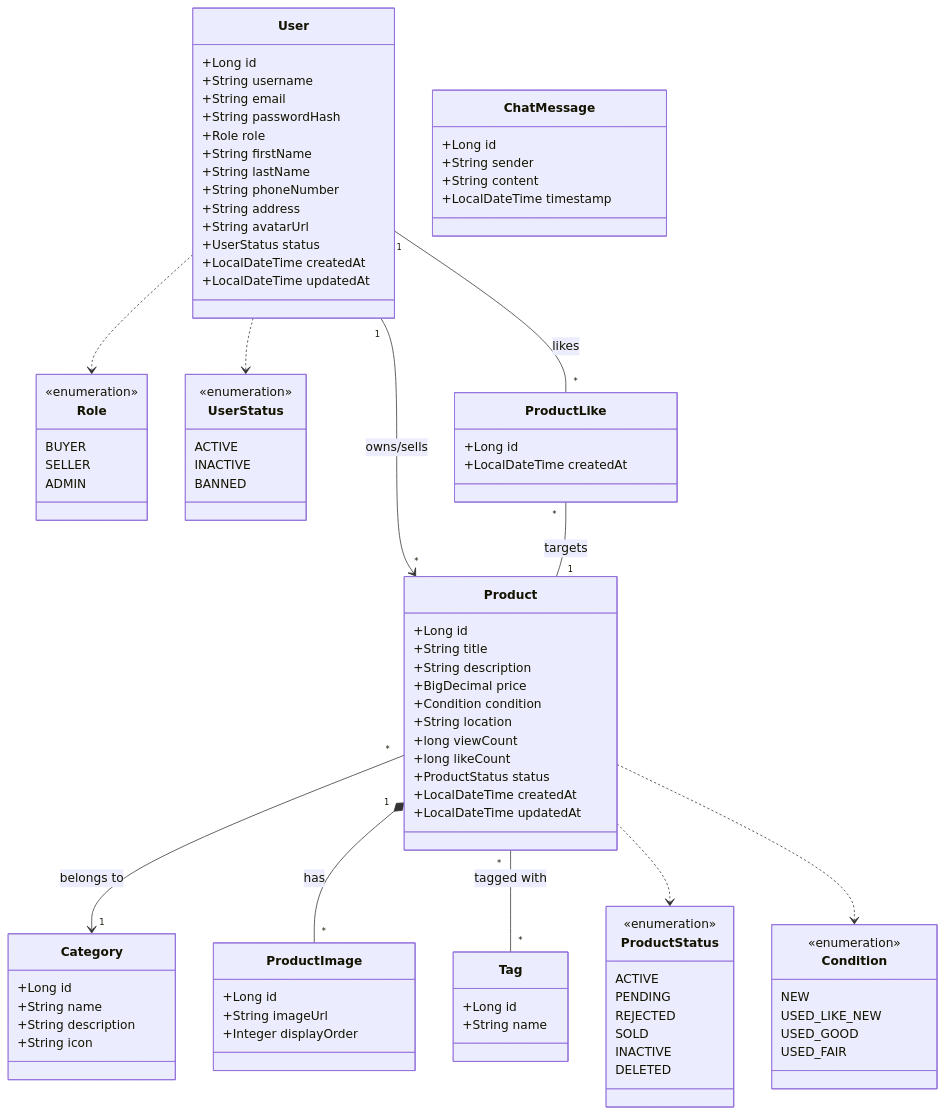
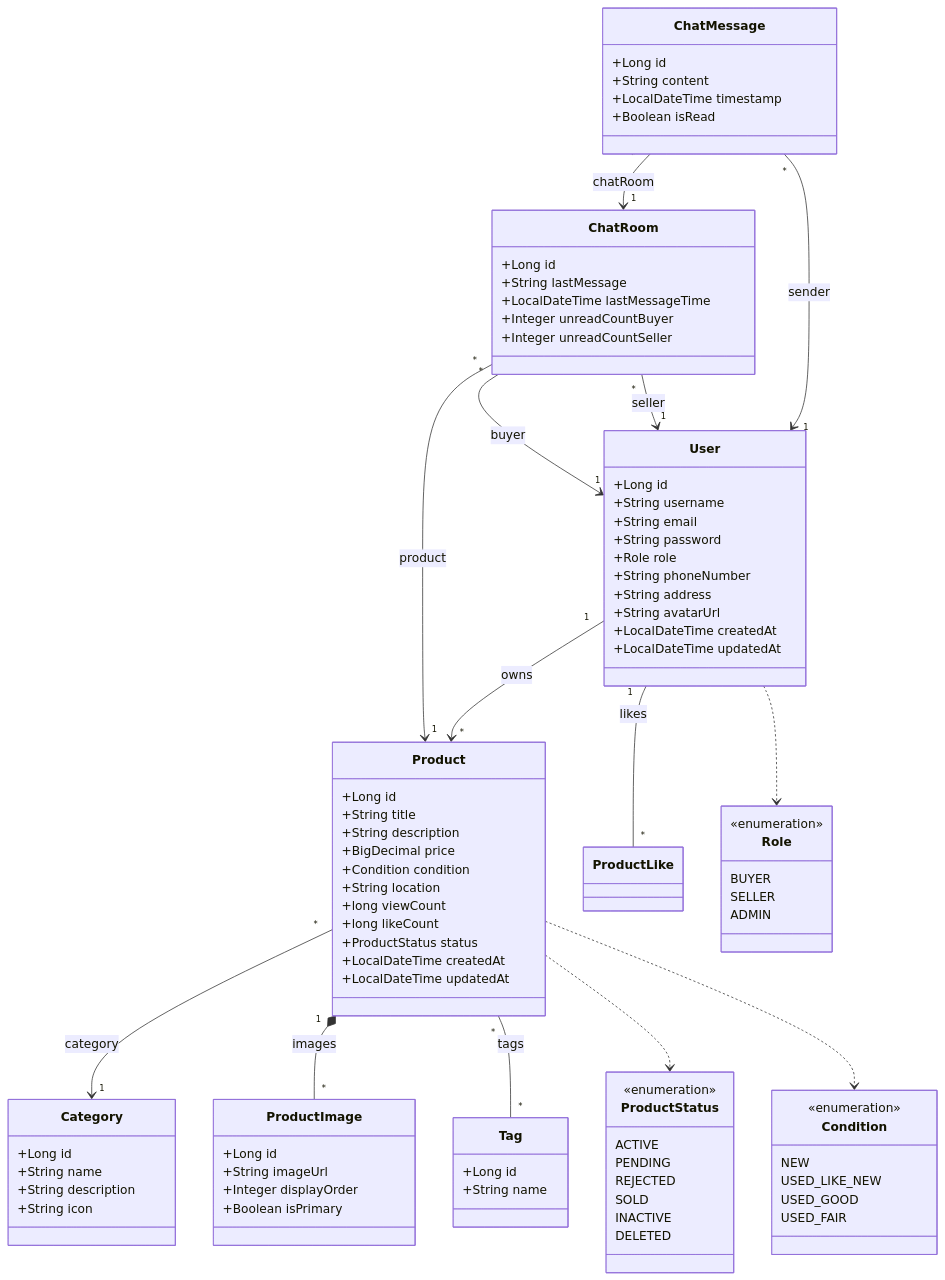
Before and after one commit to Rebbouh-Mohamed/Marketplace-App: the diagram in docs/class_diagram.md, drawn with Mermaid. The commit also changed 8 other files, not shown here.

````diff
--- a/docs/class_diagram.md
+++ b/docs/class_diagram.md
@@ -30,26 +30,16 @@
         USED_FAIR
     }
 
-    class UserStatus {
-        <<enumeration>>
-        ACTIVE
-        INACTIVE
-        BANNED
-    }
-
     %% Domain Entities
     class User {
         +Long id
         +String username
         +String email
-        +String passwordHash
+        +String password
         +Role role
-        +String firstName
-        +String lastName
         +String phoneNumber
         +String address
         +String avatarUrl
-        +UserStatus status
         +LocalDateTime createdAt
         +LocalDateTime updatedAt
     }
@@ -79,13 +69,22 @@
         +Long id
         +String imageUrl
         +Integer displayOrder
+        +Boolean isPrimary
+    }
+
+    class ChatRoom {
+        +Long id
+        +String lastMessage
+        +LocalDateTime lastMessageTime
+        +Integer unreadCountBuyer
+        +Integer unreadCountSeller
     }
 
     class ChatMessage {
         +Long id
-        +String sender
         +String content
         +LocalDateTime timestamp
+        +Boolean isRead
     }
 
     class Tag {
@@ -93,22 +92,22 @@
         +String name
     }
 
-    class ProductLike {
-        +Long id
-        +LocalDateTime createdAt
-    }
+    %% Relationships
+    User "1" --> "*" Product : owns
+    Product "*" --> "1" Category : category
+    Product "1" *-- "*" ProductImage : images
+    Product "*" -- "*" Tag : tags
+    User "1" -- "*" ProductLike : likes
+    
+    %% Chat Relationships
+    ChatRoom "*" --> "1" Product : product
+    ChatRoom "*" --> "1" User : buyer
+    ChatRoom "*" --> "1" User : seller
+    ChatMessage "*" --> "1" ChatRoom : chatRoom
+    ChatMessage "*" --> "1" User : sender
 
-    %% Relationships
-    User "1" --> "*" Product : owns/sells
-    Product "*" --> "1" Category : belongs to
-    Product "1" *-- "*" ProductImage : has
-    Product "*" -- "*" Tag : tagged with
-    User "1" -- "*" ProductLike : likes
-    ProductLike "*" -- "1" Product : targets
-    
     %% Enum Associations
     User ..> Role
-    User ..> UserStatus
     Product ..> ProductStatus
     Product ..> Condition
 ```
````
